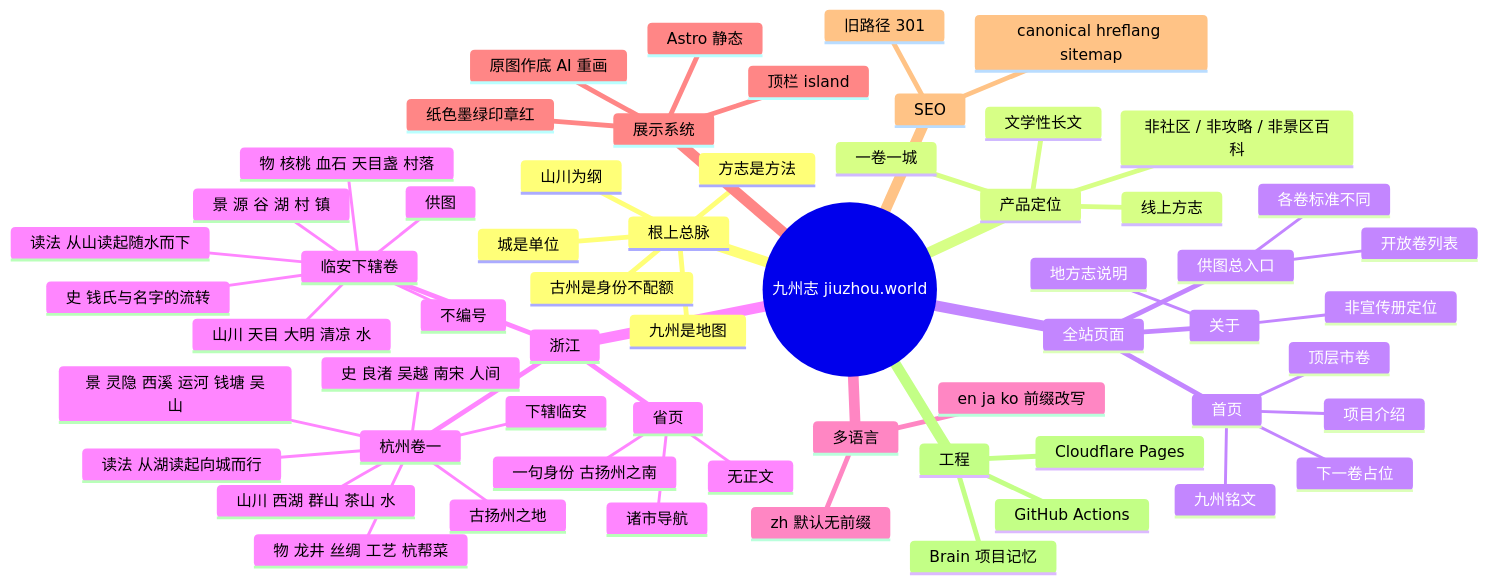
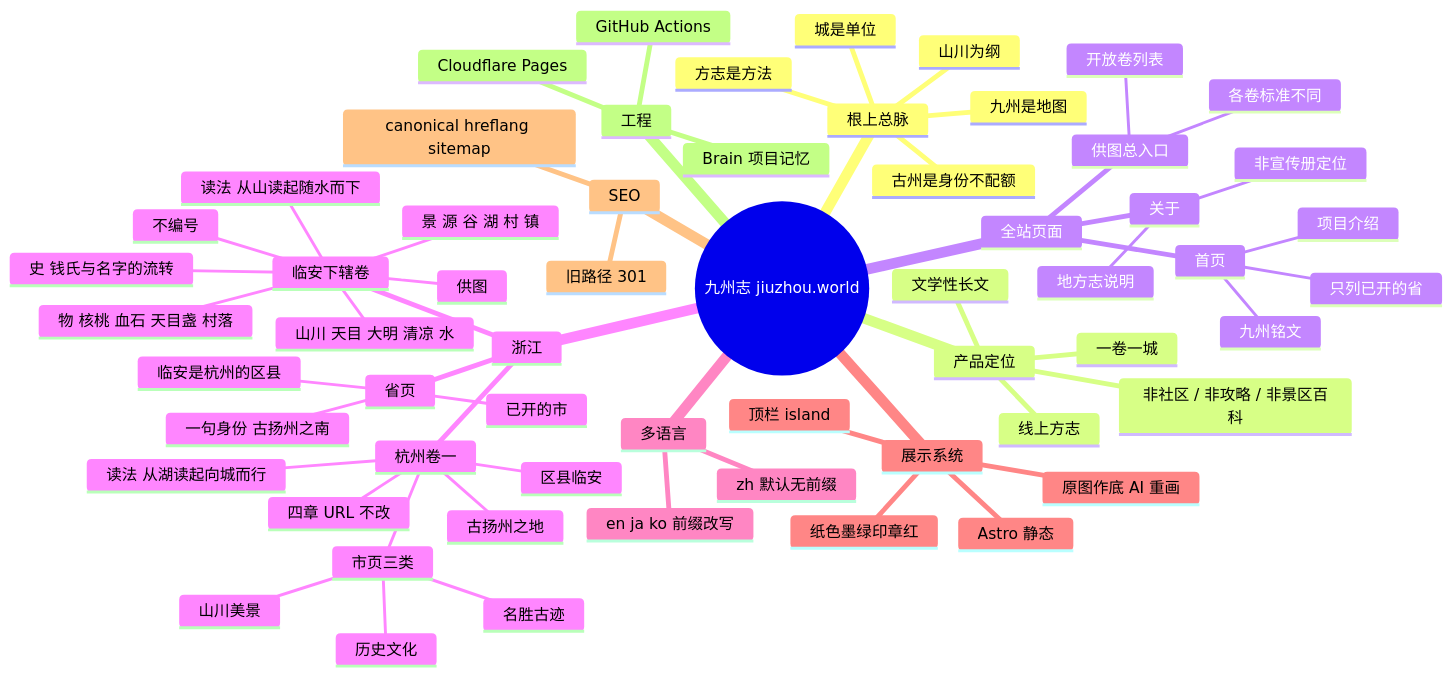
One commit to robinv8/jiuzhou-world changed the diagram in brain/mindmap.md. Above: the diagram before and after it, drawn with Mermaid. The commit also changed other lines of this file and 20 other files, not shown here.

````diff
--- a/brain/mindmap.md
+++ b/brain/mindmap.md
@@ -10,63 +10,63 @@
 ```mermaid
 mindmap
   root((九州志 jiuzhou.world))
     根上总脉
       山川为纲
       九州是地图
       方志是方法
       城是单位
       古州是身份不配额
     产品定位
       一卷一城
       线上方志
       文学性长文
       非社区 / 非攻略 / 非景区百科
     全站页面
       首页
         九州铭文
         项目介绍
-        顶层市卷
-        下一卷占位
+        只列已开的省
       关于
         地方志说明
         非宣传册定位
       供图总入口
         开放卷列表
         各卷标准不同
     浙江
       省页
         一句身份 古扬州之南
-        诸市导航
-        无正文
+        已开的市
+        临安是杭州的区县
       杭州卷一
         读法 从湖读起向城而行
-        山川 西湖 群山 茶山 水
-        景 灵隐 西溪 运河 钱塘 吴山
-        物 龙井 丝绸 工艺 杭帮菜
-        史 良渚 吴越 南宋 人间
-        下辖临安
+        市页三类
+          山川美景
+          名胜古迹
+          历史文化
+        四章 URL 不改
+        区县临安
         古扬州之地
       临安下辖卷
         读法 从山读起随水而下
         山川 天目 大明 清凉 水
         景 源 谷 湖 村 镇
         物 核桃 血石 天目盏 村落
         史 钱氏与名字的流转
         不编号
         供图
     多语言
       zh 默认无前缀
       en ja ko 前缀改写
     展示系统
       Astro 静态
       顶栏 island
       纸色墨绿印章红
       原图作底 AI 重画
     SEO
       canonical hreflang sitemap
       旧路径 301
     工程
       GitHub Actions
       Cloudflare Pages
       Brain 项目记忆
 ```
````
